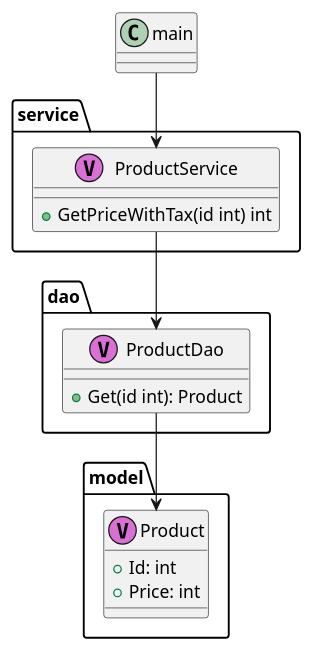
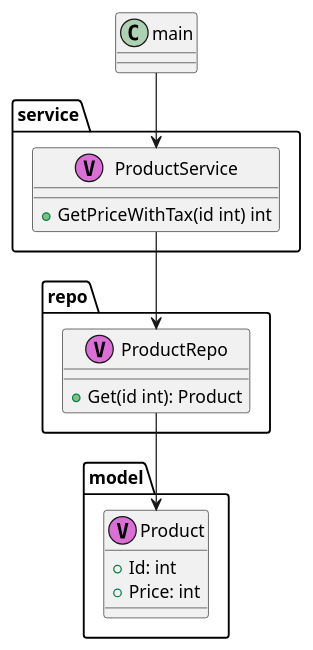
One commit to care-1040/di-sample changed the diagram in arch.puml. Above: the diagram before and after it, drawn with PlantUML. The commit also changed 8 other files, not shown here.

```diff
--- a/arch.puml
+++ b/arch.puml
@@ -1,24 +1,24 @@
 @startuml
 package "model" {
     class "Product" as model.Product <<V,Orchid>> {
         +Id: int
         +Price: int
     }
 }
 
-package "dao" {
-    class "ProductDao" as dao.ProductDao <<V,Orchid>> {
+package "repo" {
+    class "ProductRepo" as repo.ProductRepo <<V,Orchid>> {
         +Get(id int): Product
     }
 }
 
 package "service" {
     class "ProductService" as service.ProductService <<V,Orchid>> {
         +GetPriceWithTax(id int) int
     }
 }
 
 main --> service.ProductService
-service.ProductService --> dao.ProductDao
-dao.ProductDao --> model.Product
+service.ProductService --> repo.ProductRepo
+repo.ProductRepo --> model.Product
 @enduml
```
